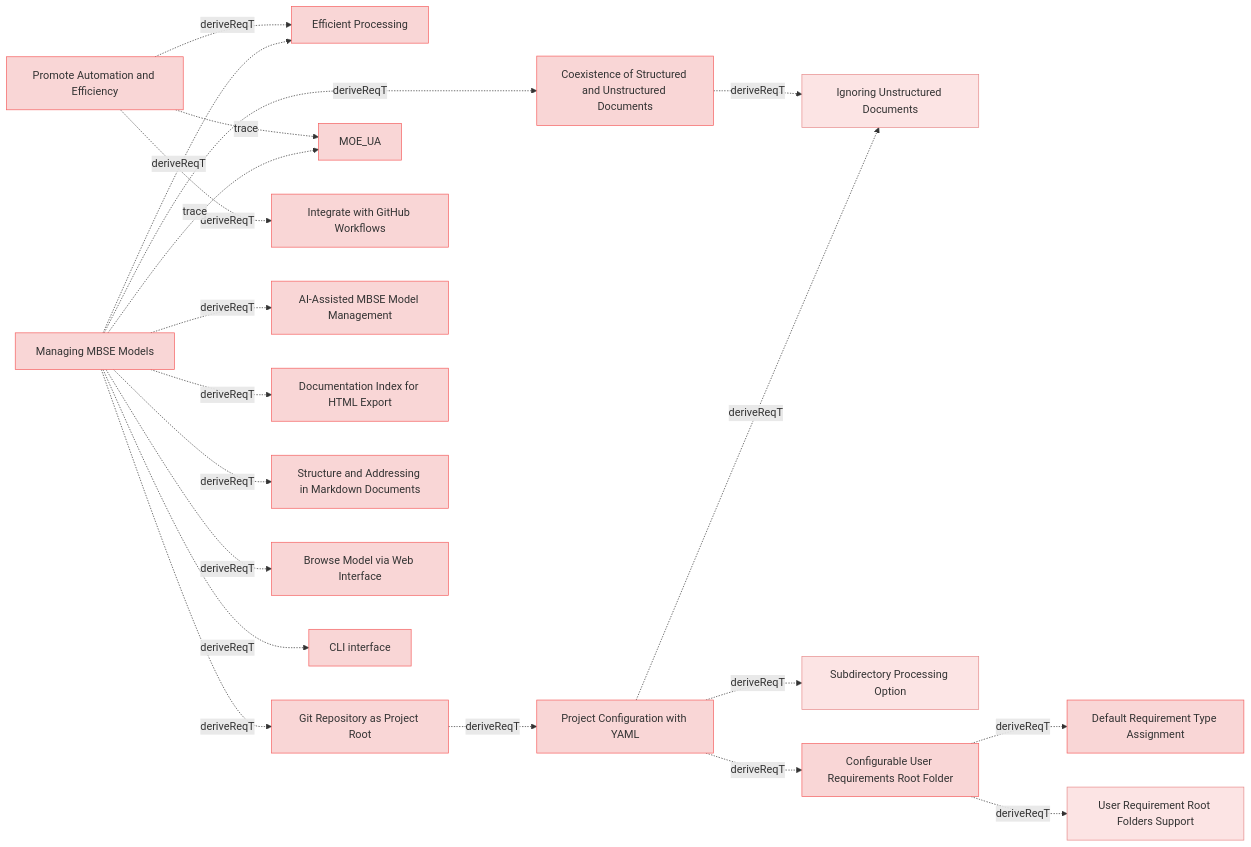
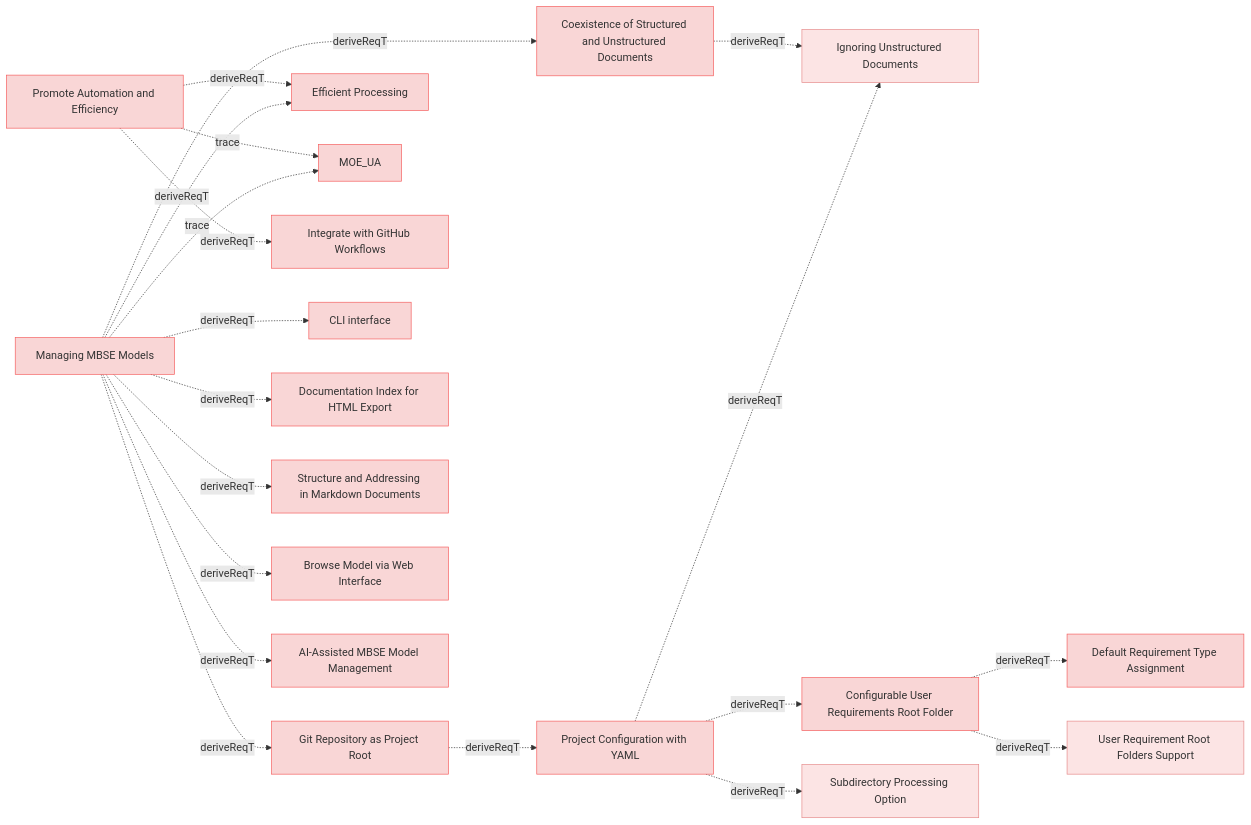
The diagram in specifications/ManagingMbseModelsRequirements.md (reqvire-org/reqvire), drawn with Mermaid before and after one commit. The commit also changed other lines of this file and 25 other files, not shown here.

````diff
--- a/specifications/ManagingMbseModelsRequirements.md
+++ b/specifications/ManagingMbseModelsRequirements.md
@@ -10,6 +10,13 @@
   classDef verification fill:#d6f9d6,stroke:#5fd75f,stroke-width:1px;
   classDef default fill:#f5f5f5,stroke:#333333,stroke-width:1px;
 
+  649d72765b13e14f["Git Repository as Project Root"];
+  class 649d72765b13e14f userRequirement;
+  click 649d72765b13e14f "ManagingMbseModelsRequirements.md#git-repository-as-project-root";
+  16b4b380c917deb1["Project Configuration with YAML"];
+  class 16b4b380c917deb1 userRequirement;
+  click 16b4b380c917deb1 "ManagingMbseModelsRequirements.md#project-configuration-with-yaml";
+  649d72765b13e14f -.->|deriveReqT| 16b4b380c917deb1;
   f0d721424636370e["Coexistence of Structured and Unstructured Documents"];
   class f0d721424636370e userRequirement;
   click f0d721424636370e "ManagingMbseModelsRequirements.md#coexistence-of-structured-and-unstructured-documents";
@@ -17,25 +24,15 @@
   class be83c2991e9535c7 systemRequirement;
   click be83c2991e9535c7 "SystemRequirements/Requirements.md#ignoring-unstructured-documents";
   f0d721424636370e -.->|deriveReqT| be83c2991e9535c7;
-  d193d11c43776bec["Efficient Processing"];
-  class d193d11c43776bec userRequirement;
-  click d193d11c43776bec "ManagingMbseModelsRequirements.md#efficient-processing";
-  16b4b380c917deb1["Project Configuration with YAML"];
-  class 16b4b380c917deb1 userRequirement;
-  click 16b4b380c917deb1 "ManagingMbseModelsRequirements.md#project-configuration-with-yaml";
-  7bdf935ec6d8effe["Subdirectory Processing Option"];
-  class 7bdf935ec6d8effe systemRequirement;
-  click 7bdf935ec6d8effe "SystemRequirements/Requirements.md#subdirectory-processing-option";
-  16b4b380c917deb1 -.->|deriveReqT| 7bdf935ec6d8effe;
   16b4b380c917deb1 -.->|deriveReqT| be83c2991e9535c7;
   d9354ef2eca0f2d0["Configurable User Requirements Root Folder"];
   class d9354ef2eca0f2d0 userRequirement;
   click d9354ef2eca0f2d0 "ManagingMbseModelsRequirements.md#configurable-user-requirements-root-folder";
   16b4b380c917deb1 -.->|deriveReqT| d9354ef2eca0f2d0;
-  649d72765b13e14f["Git Repository as Project Root"];
-  class 649d72765b13e14f userRequirement;
-  click 649d72765b13e14f "ManagingMbseModelsRequirements.md#git-repository-as-project-root";
-  649d72765b13e14f -.->|deriveReqT| 16b4b380c917deb1;
+  7bdf935ec6d8effe["Subdirectory Processing Option"];
+  class 7bdf935ec6d8effe systemRequirement;
+  click 7bdf935ec6d8effe "SystemRequirements/Requirements.md#subdirectory-processing-option";
+  16b4b380c917deb1 -.->|deriveReqT| 7bdf935ec6d8effe;
   c9cc6878a73bb951["Default Requirement Type Assignment"];
   class c9cc6878a73bb951 userRequirement;
   click c9cc6878a73bb951 "ManagingMbseModelsRequirements.md#default-requirement-type-assignment";
@@ -44,6 +41,9 @@
   class a9d6e2569d5acd60 systemRequirement;
   click a9d6e2569d5acd60 "SystemRequirements/Requirements.md#user-requirement-root-folders-support";
   d9354ef2eca0f2d0 -.->|deriveReqT| a9d6e2569d5acd60;
+  d193d11c43776bec["Efficient Processing"];
+  class d193d11c43776bec userRequirement;
+  click d193d11c43776bec "ManagingMbseModelsRequirements.md#efficient-processing";
   80166c5161b33956["Promote Automation and Efficiency"];
   class 80166c5161b33956 userRequirement;
   click 80166c5161b33956 "MissionRequirements.md#promote-automation-and-efficiency";
@@ -51,26 +51,26 @@
   class 2c5f30f14e792200 userRequirement;
   click 2c5f30f14e792200 "MOEs.md#moe_ua";
   80166c5161b33956 -.->|trace| 2c5f30f14e792200;
-  80166c5161b33956 -.->|deriveReqT| d193d11c43776bec;
   98eaeddc27f99e11["Integrate with GitHub Workflows"];
   class 98eaeddc27f99e11 userRequirement;
   click 98eaeddc27f99e11 "UserStories.md#integrate-with-github-workflows";
   80166c5161b33956 -.->|deriveReqT| 98eaeddc27f99e11;
+  80166c5161b33956 -.->|deriveReqT| d193d11c43776bec;
   e61b7c1baa89bfc6["Managing MBSE Models"];
   class e61b7c1baa89bfc6 userRequirement;
   click e61b7c1baa89bfc6 "UserStories.md#managing-mbse-models";
   e61b7c1baa89bfc6 -.->|trace| 2c5f30f14e792200;
+  f28849d46c19af44["CLI interface"];
+  class f28849d46c19af44 userRequirement;
+  click f28849d46c19af44 "UserRequirements.md#cli-interface";
+  e61b7c1baa89bfc6 -.->|deriveReqT| f28849d46c19af44;
+  e61b7c1baa89bfc6 -.->|deriveReqT| 649d72765b13e14f;
   e61b7c1baa89bfc6 -.->|deriveReqT| f0d721424636370e;
-  e61b7c1baa89bfc6 -.->|deriveReqT| d193d11c43776bec;
-  cd2d5dab49985ca2["AI-Assisted MBSE Model Management"];
-  class cd2d5dab49985ca2 userRequirement;
-  click cd2d5dab49985ca2 "UserStories.md#ai-assisted-mbse-model-management";
-  e61b7c1baa89bfc6 -.->|deriveReqT| cd2d5dab49985ca2;
   2f4125edaacb1231["Documentation Index for HTML Export"];
   class 2f4125edaacb1231 userRequirement;
   click 2f4125edaacb1231 "UserRequirements.md#documentation-index-for-html-export";
   e61b7c1baa89bfc6 -.->|deriveReqT| 2f4125edaacb1231;
-  e61b7c1baa89bfc6 -.->|deriveReqT| 649d72765b13e14f;
+  e61b7c1baa89bfc6 -.->|deriveReqT| d193d11c43776bec;
   ade67c27bc5d3bbd["Structure and Addressing in Markdown Documents"];
   class ade67c27bc5d3bbd userRequirement;
   click ade67c27bc5d3bbd "SpecificationsRequirements.md#structure-and-addressing-in-markdown-documents";
@@ -79,8 +79,8 @@
   class a44b59684c593d1e userRequirement;
   click a44b59684c593d1e "UserRequirements.md#browse-model-via-web-interface";
   e61b7c1baa89bfc6 -.->|deriveReqT| a44b59684c593d1e;
-  f28849d46c19af44["CLI interface"];
-  class f28849d46c19af44 userRequirement;
-  click f28849d46c19af44 "UserRequirements.md#cli-interface";
-  e61b7c1baa89bfc6 -.->|deriveReqT| f28849d46c19af44;
+  cd2d5dab49985ca2["AI-Assisted MBSE Model Management"];
+  class cd2d5dab49985ca2 userRequirement;
+  click cd2d5dab49985ca2 "UserStories.md#ai-assisted-mbse-model-management";
+  e61b7c1baa89bfc6 -.->|deriveReqT| cd2d5dab49985ca2;
 ```
````
